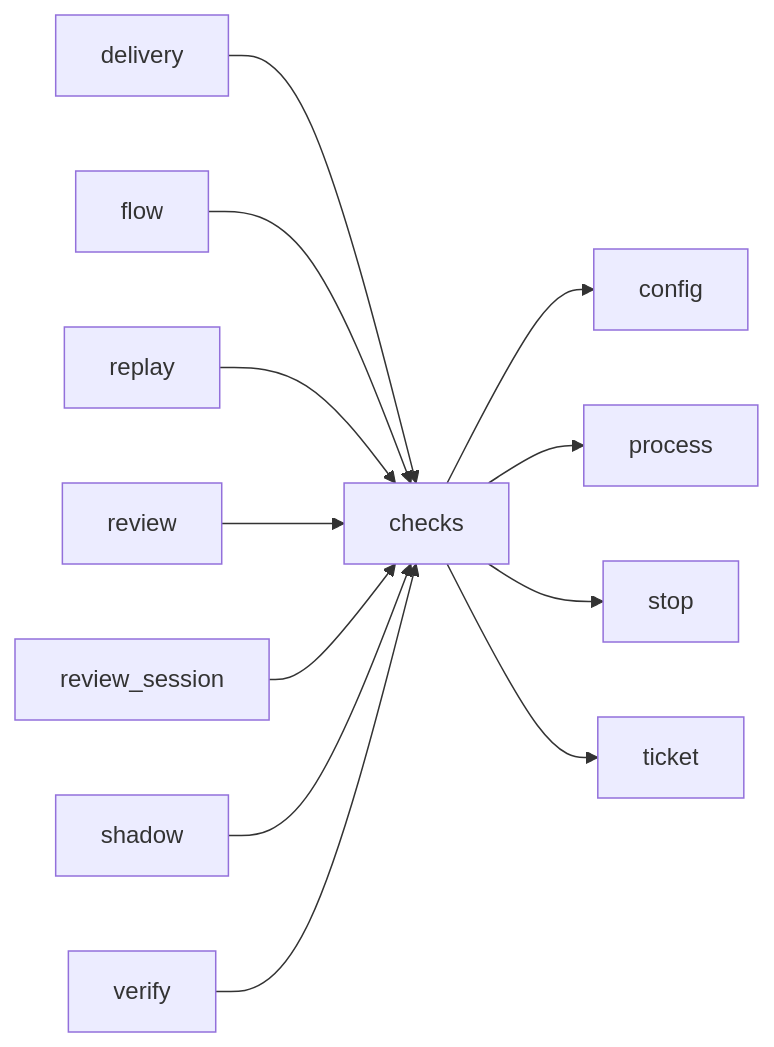
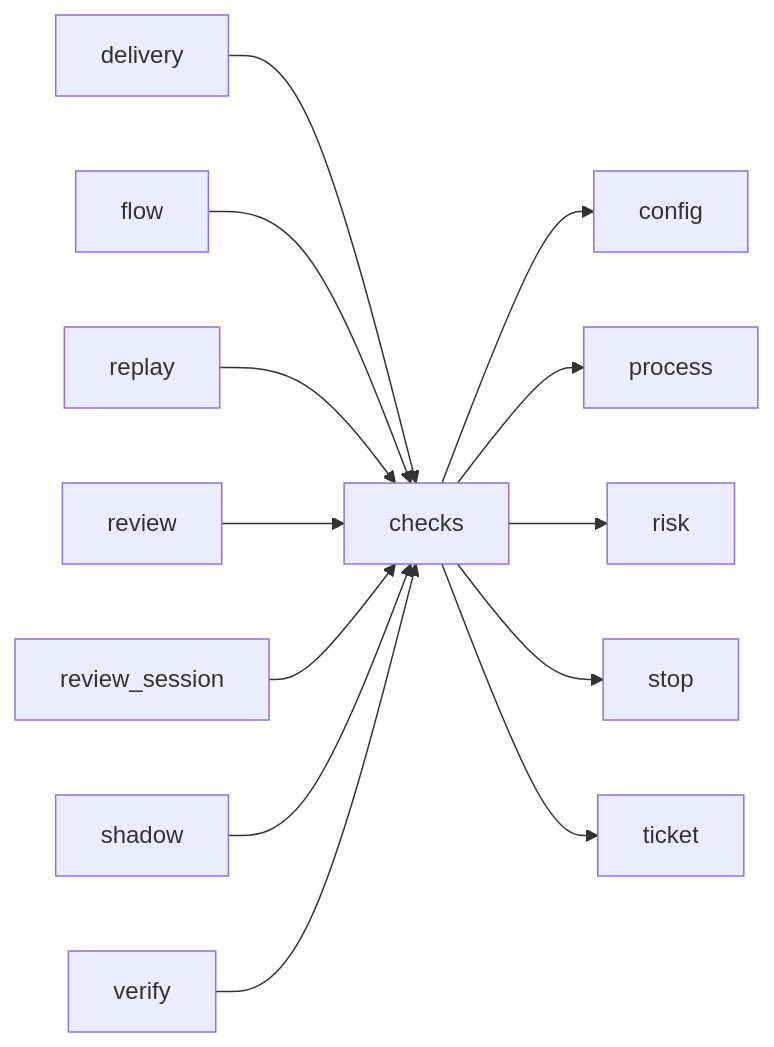
One commit to plaplanche/ariane changed the third of 3 diagrams in docs/architecture/modules/checks.md. Above: the diagram before and after it, drawn with Mermaid. The commit also changed other lines of this file and 29 other files, not shown here.

````diff
--- a/docs/architecture/modules/checks.md
+++ b/docs/architecture/modules/checks.md
@@ -98,14 +103,15 @@
 ```mermaid
 flowchart LR
   checks --> config
   checks --> process
+  checks --> risk
   checks --> stop
   checks --> ticket
   delivery --> checks
   flow --> checks
   replay --> checks
   review --> checks
   review_session --> checks
   shadow --> checks
   verify --> checks
 ```
````
